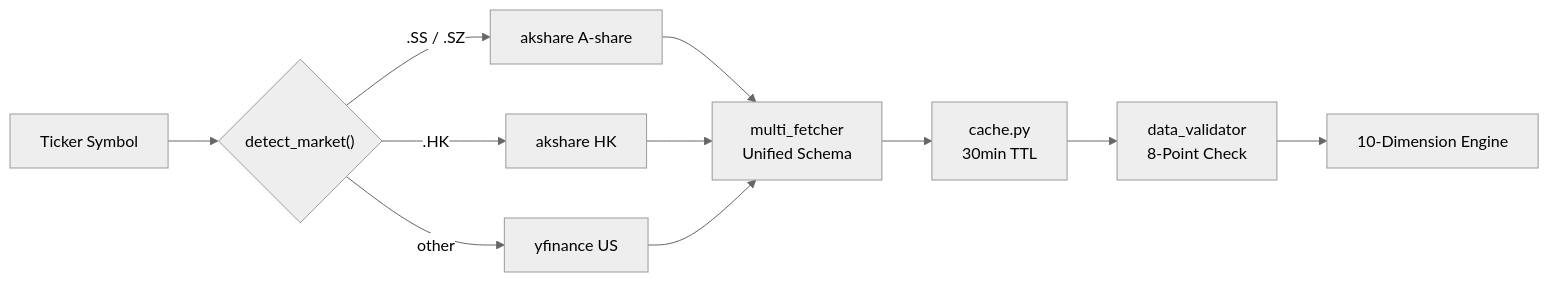
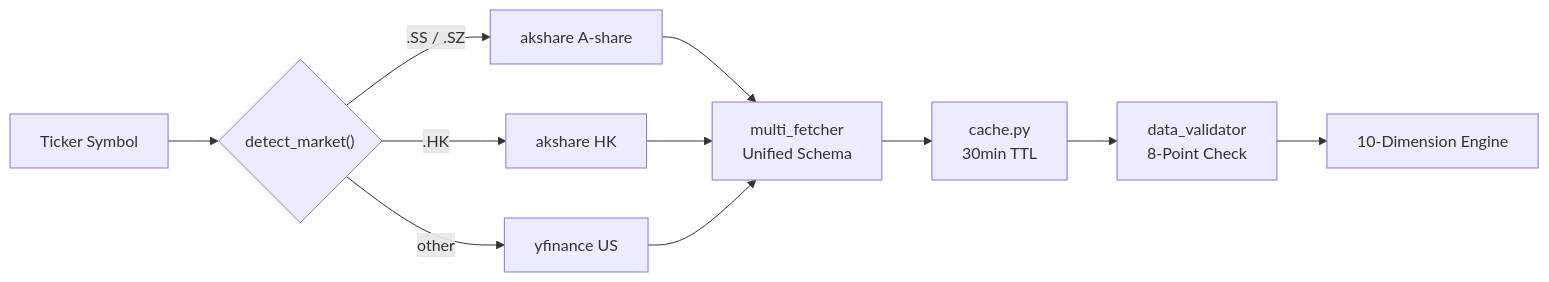
Before and after one commit to Guojc-source/Stock_Monitor: the fourth of 4 diagrams in README.md, drawn with Mermaid. The commit also changed other lines of this file, not shown here.

Commit message:
style: neutral theme for mermaid diagrams, simplify architecture flowchart

````diff
--- a/README.md
+++ b/README.md
@@ -164,16 +123,15 @@
 ```mermaid
-%%{init: {'theme':'neutral'}}%%
 flowchart LR
     SYM["Ticker Symbol"] --> DETECT{"detect_market()"}
     DETECT --> |".SS / .SZ"| AK_CN["akshare A-share"]
     DETECT --> |".HK"| AK_HK["akshare HK"]
     DETECT --> |"other"| YF_US["yfinance US"]
 
     AK_CN --> MERGE["multi_fetcher\nUnified Schema"]
     AK_HK --> MERGE
     YF_US --> MERGE
 
     MERGE --> CACHE["cache.py\n30min TTL"]
     CACHE --> VALIDATE["data_validator\n8-Point Check"]
     VALIDATE --> ANALYZE["10-Dimension Engine"]
 ```
````
